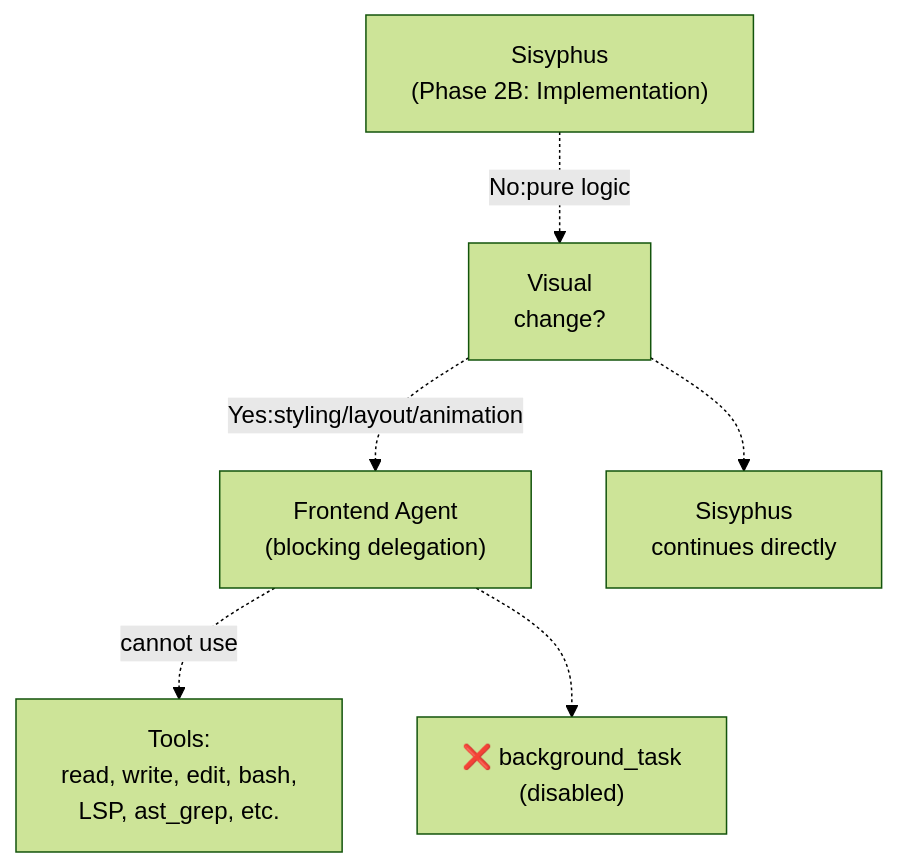
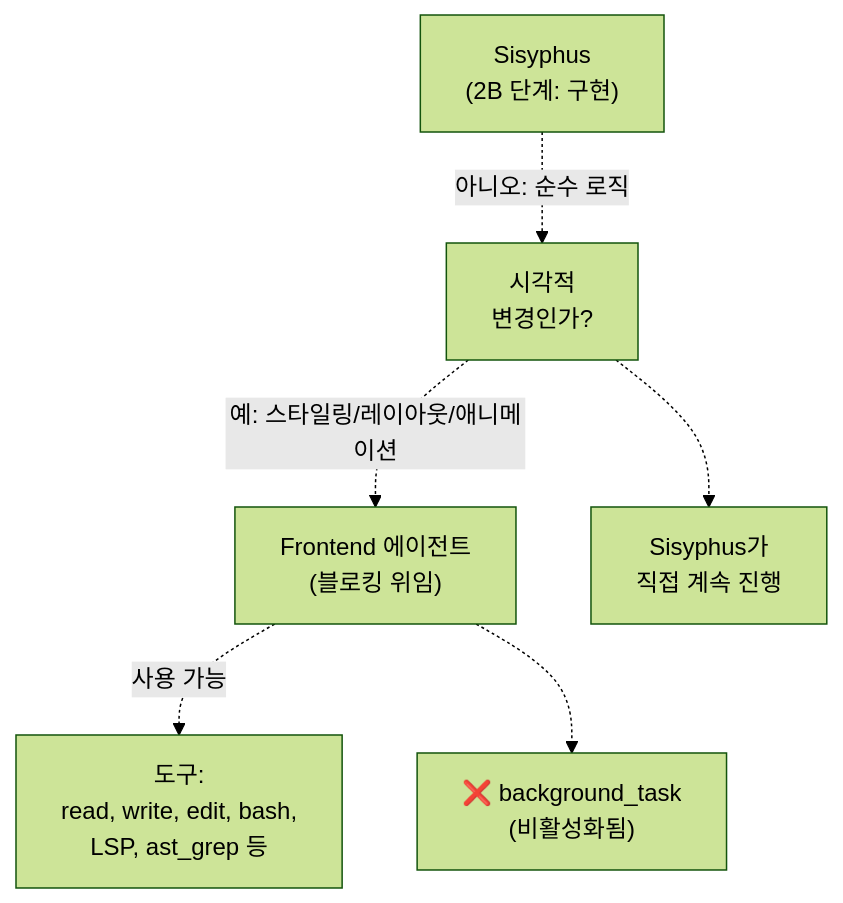
One commit to felipetruman/oh-my-opencode-docs changed the second of 7 diagrams in docs/agents/frontend-ui-ux-engineer.md. Above: the diagram before and after it, drawn with Mermaid (forest theme). The commit also changed other lines of this file and 76 other files, not shown here.

````diff
--- a/docs/agents/frontend-ui-ux-engineer.md
+++ b/docs/agents/frontend-ui-ux-engineer.md
@@ -98,16 +98,16 @@
 ```mermaid
 flowchart TD
 
-Sisyphus["Sisyphus<br>(Phase 2B: Implementation)"]
-Decision["Visual<br>change?"]
-Frontend["Frontend Agent<br>(blocking delegation)"]
-SisyphusImpl["Sisyphus<br>continues directly"]
-Tools["Tools:<br>read, write, edit, bash,<br>LSP, ast_grep, etc."]
-NoBackground["❌ background_task<br>(disabled)"]
+Sisyphus["Sisyphus<br>(2B 단계: 구현)"]
+Decision["시각적<br>변경인가?"]
+Frontend["Frontend 에이전트<br>(블로킹 위임)"]
+SisyphusImpl["Sisyphus가<br>직접 계속 진행"]
+Tools["도구:<br>read, write, edit, bash,<br>LSP, ast_grep 등"]
+NoBackground["❌ background_task<br>(비활성화됨)"]
 
-Sisyphus -.->|"No:pure logic"| Decision
-Decision -.->|"Yes:styling/layout/animation"| Frontend
+Sisyphus -.->|"아니오: 순수 로직"| Decision
+Decision -.->|"예: 스타일링/레이아웃/애니메이션"| Frontend
 Decision -.-> SisyphusImpl
-Frontend -.->|"cannot use"| Tools
+Frontend -.->|"사용 가능"| Tools
 Frontend -.-> NoBackground
 ```
````
